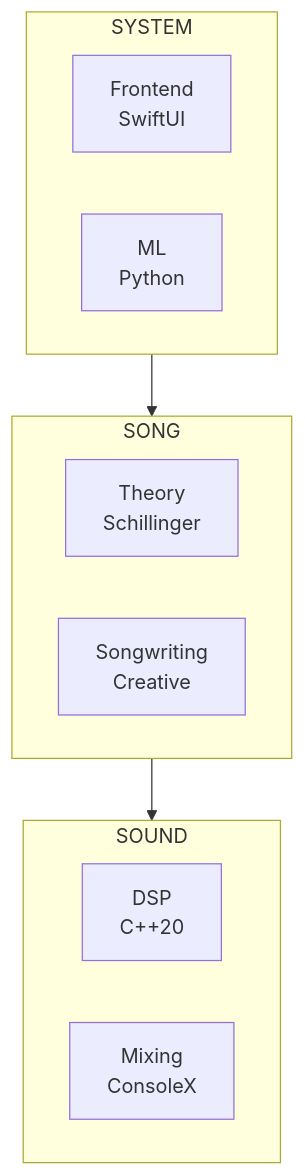
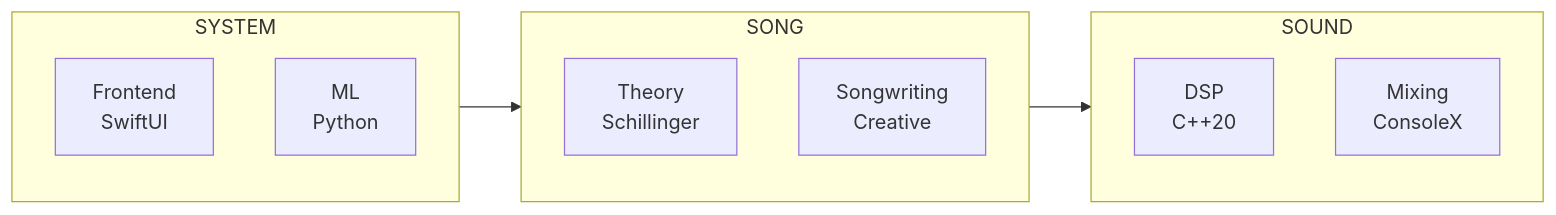
The diagram in README.md (bretbouchard/white-room-system), drawn with Mermaid before and after one commit.

Commit message:
docs: make architecture diagram horizontal

````diff
--- a/README.md
+++ b/README.md
@@ -71,20 +71,20 @@
 ```mermaid
-graph TB
+graph LR
     subgraph SYSTEM["SYSTEM"]
         Frontend["Frontend<br/>SwiftUI"]
         ML["ML<br/>Python"]
     end
 
     subgraph SONG["SONG"]
         Theory["Theory<br/>Schillinger"]
         Songwriting["Songwriting<br/>Creative"]
     end
 
     subgraph SOUND["SOUND"]
         DSP["DSP<br/>C++20"]
         Mixing["Mixing<br/>ConsoleX"]
     end
 
     SYSTEM --> SONG
     SONG --> SOUND
 ```
````
